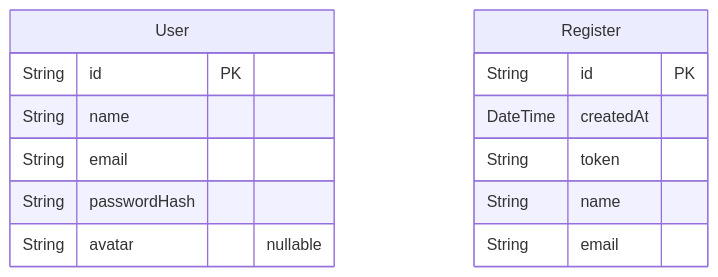
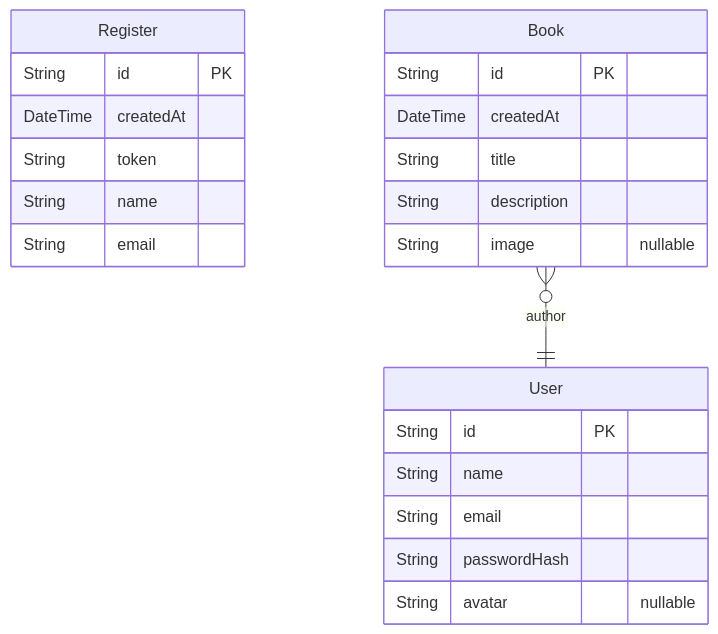
One commit to kamegoro/book-shelf changed the diagram in ERD.md. Above: the diagram before and after it, drawn with Mermaid. The commit also changed 2 other files, not shown here.

Commit message:
create book model migration file

````diff
--- a/ERD.md
+++ b/ERD.md
@@ -1,21 +1,31 @@
 ```mermaid
 erDiagram
 
   User {
     String id PK 
     String name  
     String email  
     String passwordHash  
     String avatar  "nullable"
     }
   
 
   Register {
     String id PK 
     DateTime createdAt  
     String token  
     String name  
     String email  
     }
   
+
+  Book {
+    String id PK 
+    DateTime createdAt  
+    String title  
+    String description  
+    String image  "nullable"
+    }
+  
+    Book o{--|| User : "author"
 ```
````
